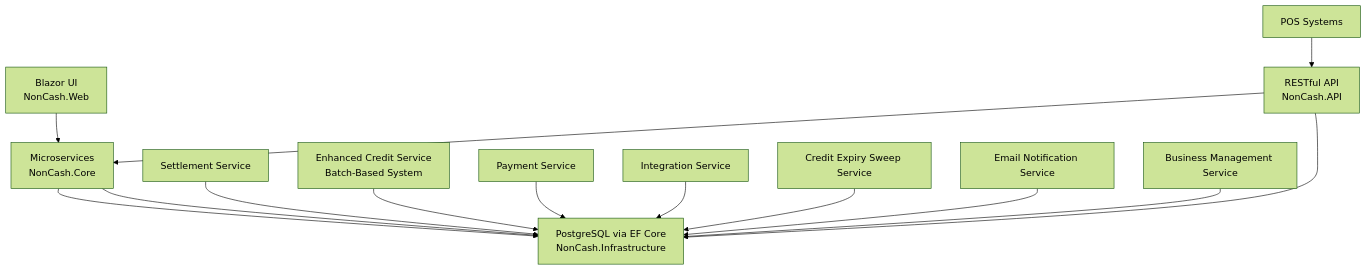
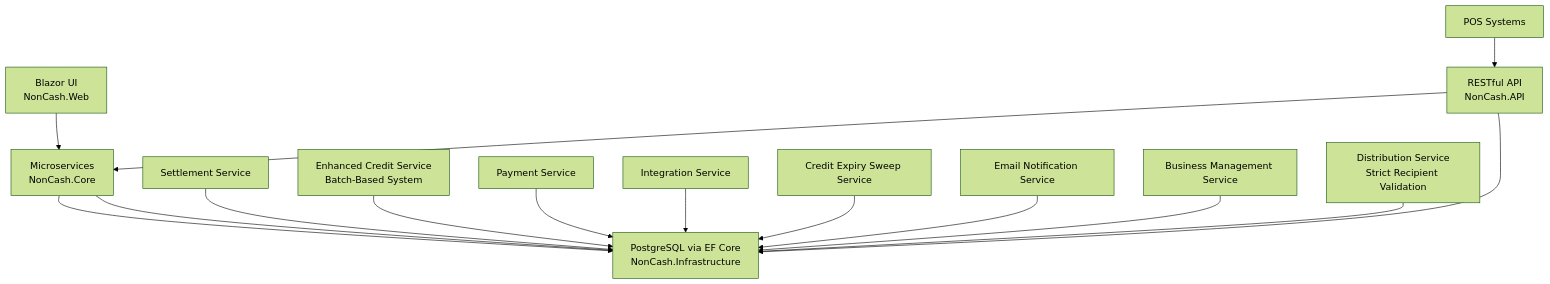
One commit to lamhongbac/NonCash changed the second of 25 diagrams in .qoder/repowiki/en/content/Business Logic and Workflows/Business Logic and Workflows.md. Above: the diagram before and after it, drawn with Mermaid (forest theme). The commit also changed other lines of this file and 111 other files, not shown here.

````diff
--- a/.qoder/repowiki/en/content/Business Logic and Workflows/Business Logic and Workflows.md
+++ b/.qoder/repowiki/en/content/Business Logic and Workflows/Business Logic and Workflows.md
@@ -173,16 +175,17 @@
 ```mermaid
 graph TB
 UI["Blazor UI<br/>NonCash.Web"] --> BLL["Microservices<br/>NonCash.Core"]
 BLL --> DAL["PostgreSQL via EF Core<br/>NonCash.Infrastructure"]
 POS["POS Systems"] --> API["RESTful API<br/>NonCash.API"]
 API --> BLL
 API --> DAL
 BLL --> DAL
 SETTLEMENT["Settlement Service"] --> DAL
 CREDIT["Enhanced Credit Service<br/>Batch-Based System"] --> DAL
 PAYMENT["Payment Service"] --> DAL
 INTEGRATION["Integration Service"] --> DAL
 EXPIRY["Credit Expiry Sweep Service"] --> DAL
 EMAIL["Email Notification Service"] --> DAL
 BUSINESS["Business Management Service"] --> DAL
+DISTRIBUTION["Distribution Service<br/>Strict Recipient Validation"] --> DAL
 ```
````
